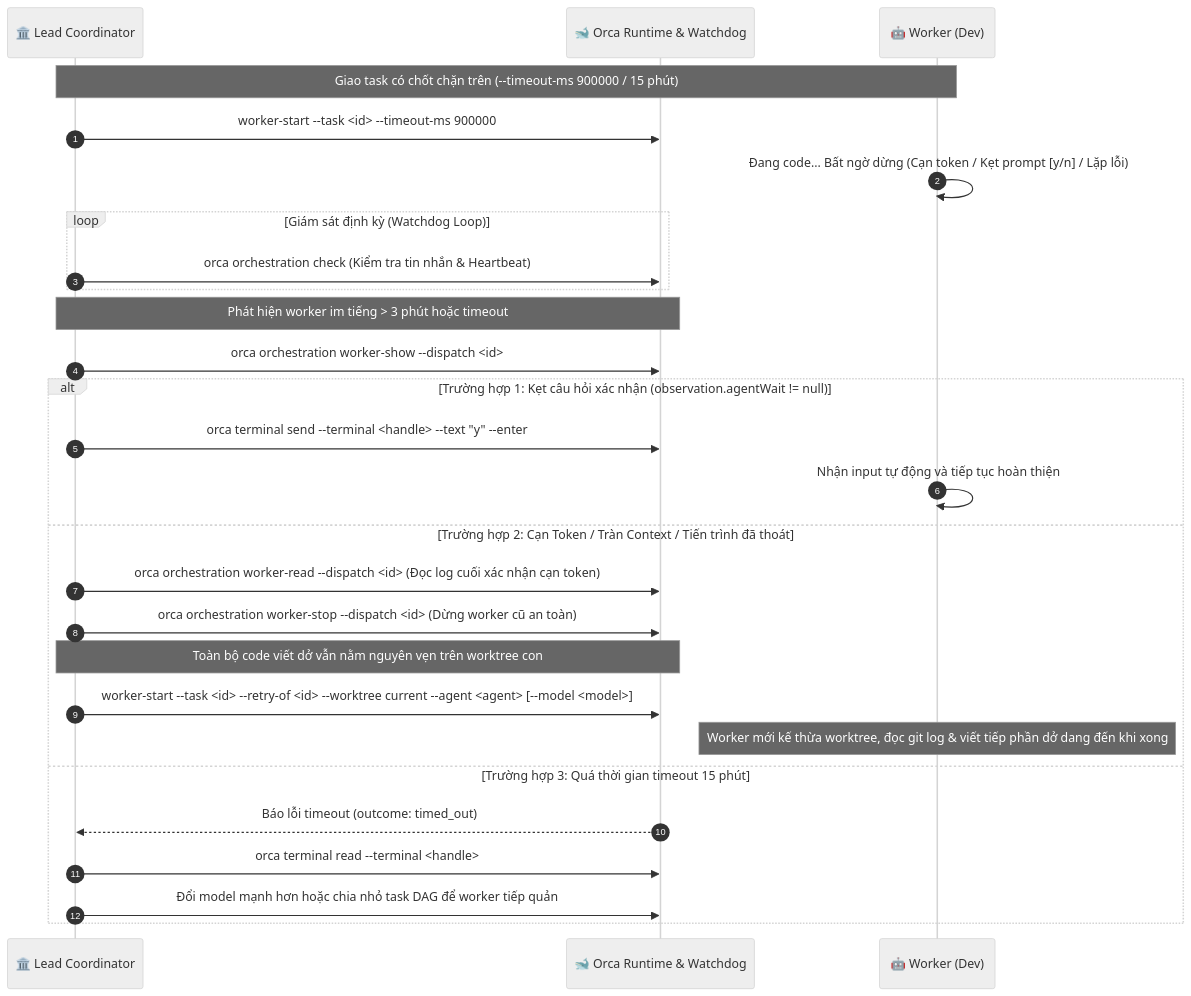
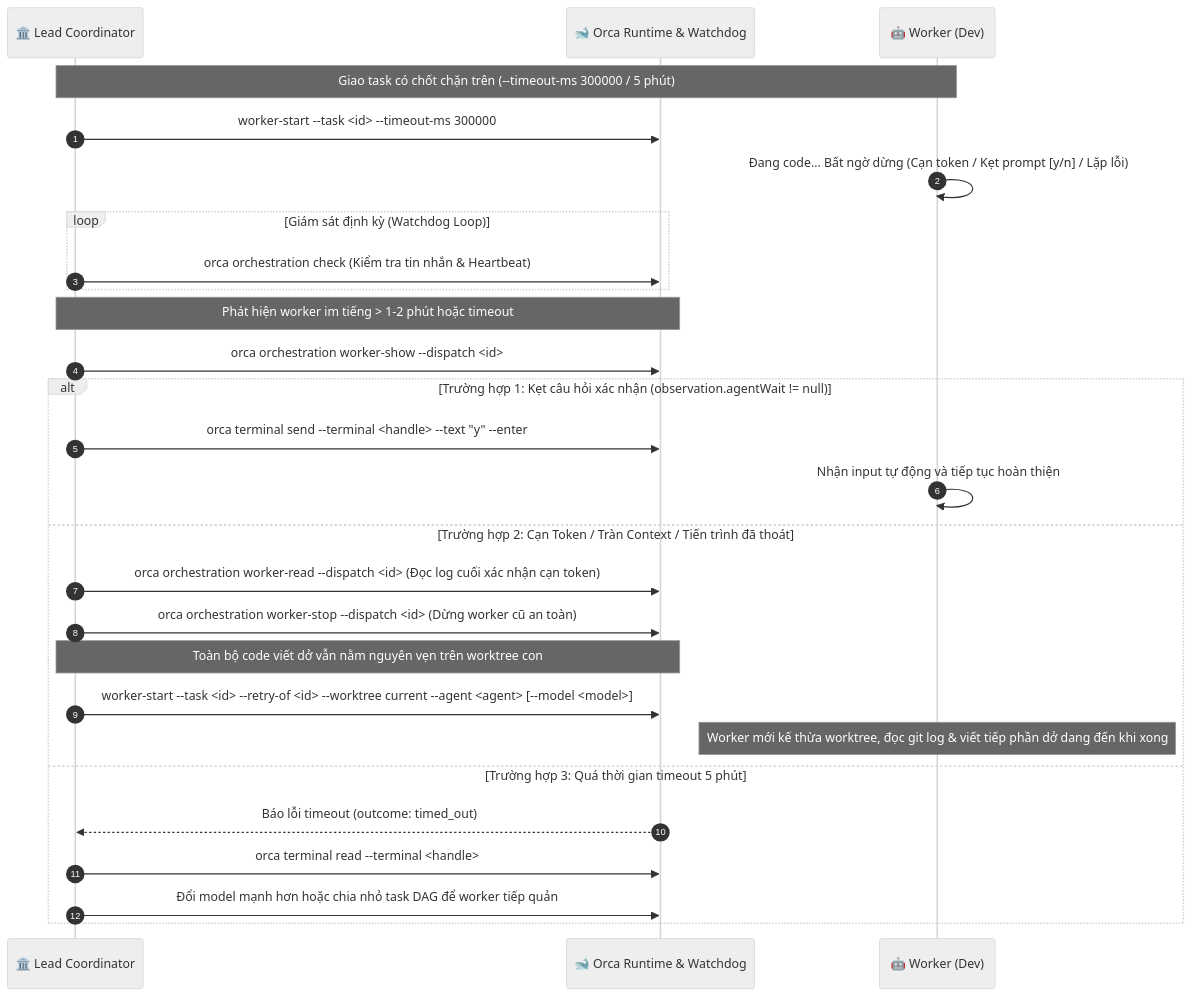
One commit to thapld/orca-multi-agent-orchestrator changed the seventh of 7 diagrams in docs/workflows.md. Above: the diagram before and after it, drawn with Mermaid (neutral theme). The commit also changed 3 other files, not shown here.

````diff
--- a/docs/workflows.md
+++ b/docs/workflows.md
@@ -197,34 +197,34 @@
 ```mermaid
 sequenceDiagram
     autonumber
     participant Lead as 🏛️ Lead Coordinator
     participant Orca as 🐋 Orca Runtime & Watchdog
     participant Worker as 🤖 Worker (Dev)
 
-    Note over Lead,Worker: Giao task có chốt chặn trên (--timeout-ms 900000 / 15 phút)
-    Lead->>Orca: worker-start --task <id> --timeout-ms 900000
+    Note over Lead,Worker: Giao task có chốt chặn trên (--timeout-ms 300000 / 5 phút)
+    Lead->>Orca: worker-start --task <id> --timeout-ms 300000
 
     Worker->>Worker: Đang code... Bất ngờ dừng (Cạn token / Kẹt prompt [y/n] / Lặp lỗi)
     
     loop Giám sát định kỳ (Watchdog Loop)
         Lead->>Orca: orca orchestration check (Kiểm tra tin nhắn & Heartbeat)
     end
 
-    Note over Lead,Orca: Phát hiện worker im tiếng > 3 phút hoặc timeout
+    Note over Lead,Orca: Phát hiện worker im tiếng > 1-2 phút hoặc timeout
     Lead->>Orca: orca orchestration worker-show --dispatch <id>
     
     alt Trường hợp 1: Kẹt câu hỏi xác nhận (observation.agentWait != null)
         Lead->>Orca: orca terminal send --terminal <handle> --text "y" --enter
         Worker->>Worker: Nhận input tự động và tiếp tục hoàn thiện
     else Trường hợp 2: Cạn Token / Tràn Context / Tiến trình đã thoát
         Lead->>Orca: orca orchestration worker-read --dispatch <id> (Đọc log cuối xác nhận cạn token)
         Lead->>Orca: orca orchestration worker-stop --dispatch <id> (Dừng worker cũ an toàn)
         Note over Lead,Orca: Toàn bộ code viết dở vẫn nằm nguyên vẹn trên worktree con
         Lead->>Orca: worker-start --task <id> --retry-of <id> --worktree current --agent <agent> [--model <model>]
         Note over Worker: Worker mới kế thừa worktree, đọc git log & viết tiếp phần dở dang đến khi xong
-    else Trường hợp 3: Quá thời gian timeout 15 phút
+    else Trường hợp 3: Quá thời gian timeout 5 phút
         Orca-->>Lead: Báo lỗi timeout (outcome: timed_out)
         Lead->>Orca: orca terminal read --terminal <handle>
         Lead->>Orca: Đổi model mạnh hơn hoặc chia nhỏ task DAG để worker tiếp quản
     end
 ```
````
